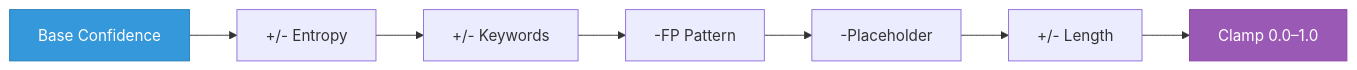
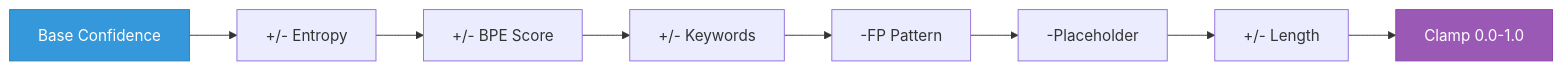
Diagram 30 of 40 in docs/training/01-core-detection-engine.md (svemulapati/CredVigil), drawn with Mermaid before and after one commit. The commit also changed other lines of this file and 8 other files, not shown here.

````diff
--- a/docs/training/01-core-detection-engine.md
+++ b/docs/training/01-core-detection-engine.md
@@ -1491,11 +1626,12 @@
 ```mermaid
 flowchart LR
     A["Base Confidence"] --> B["+/- Entropy"]
-    B --> C["+/- Keywords"]
-    C --> D["-FP Pattern"]
-    D --> E["-Placeholder"]
-    E --> F["+/- Length"]
-    F --> G["Clamp 0.0–1.0"]
+    B --> C["+/- BPE Score"]
+    C --> D["+/- Keywords"]
+    D --> E["-FP Pattern"]
+    E --> F["-Placeholder"]
+    F --> G["+/- Length"]
+    G --> H["Clamp 0.0-1.0"]
     style A fill:#3498DB,stroke:#2980B9,color:#fff
-    style G fill:#9B59B6,stroke:#8E44AD,color:#fff
+    style H fill:#9B59B6,stroke:#8E44AD,color:#fff
 ```
````
